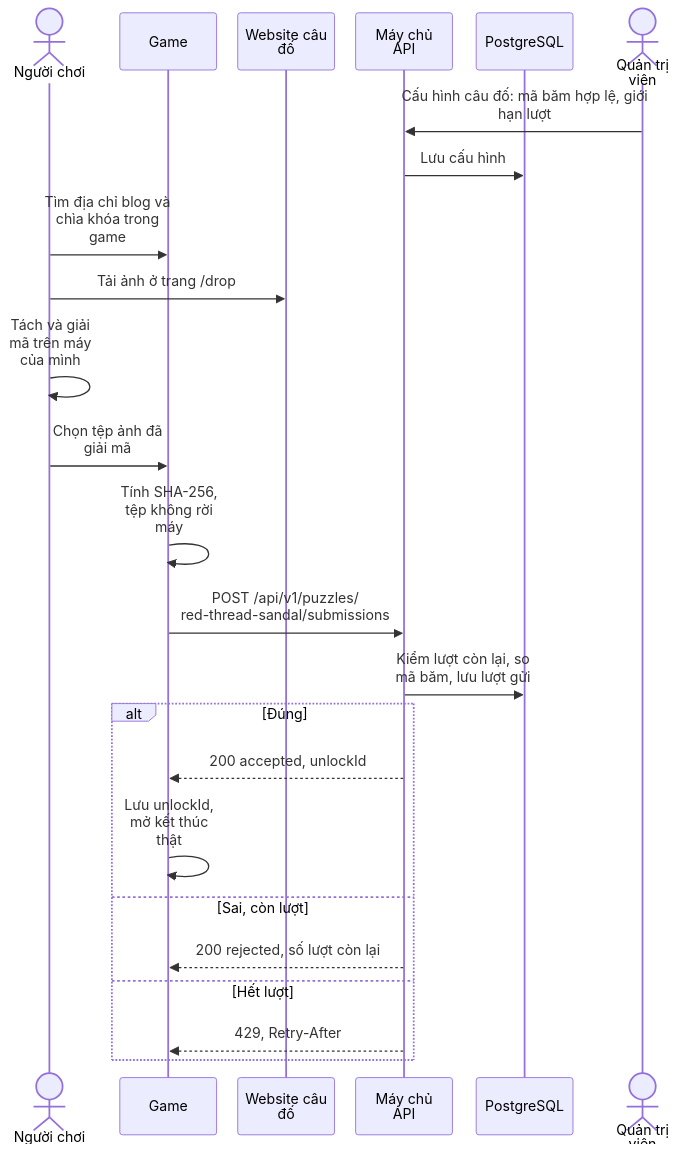
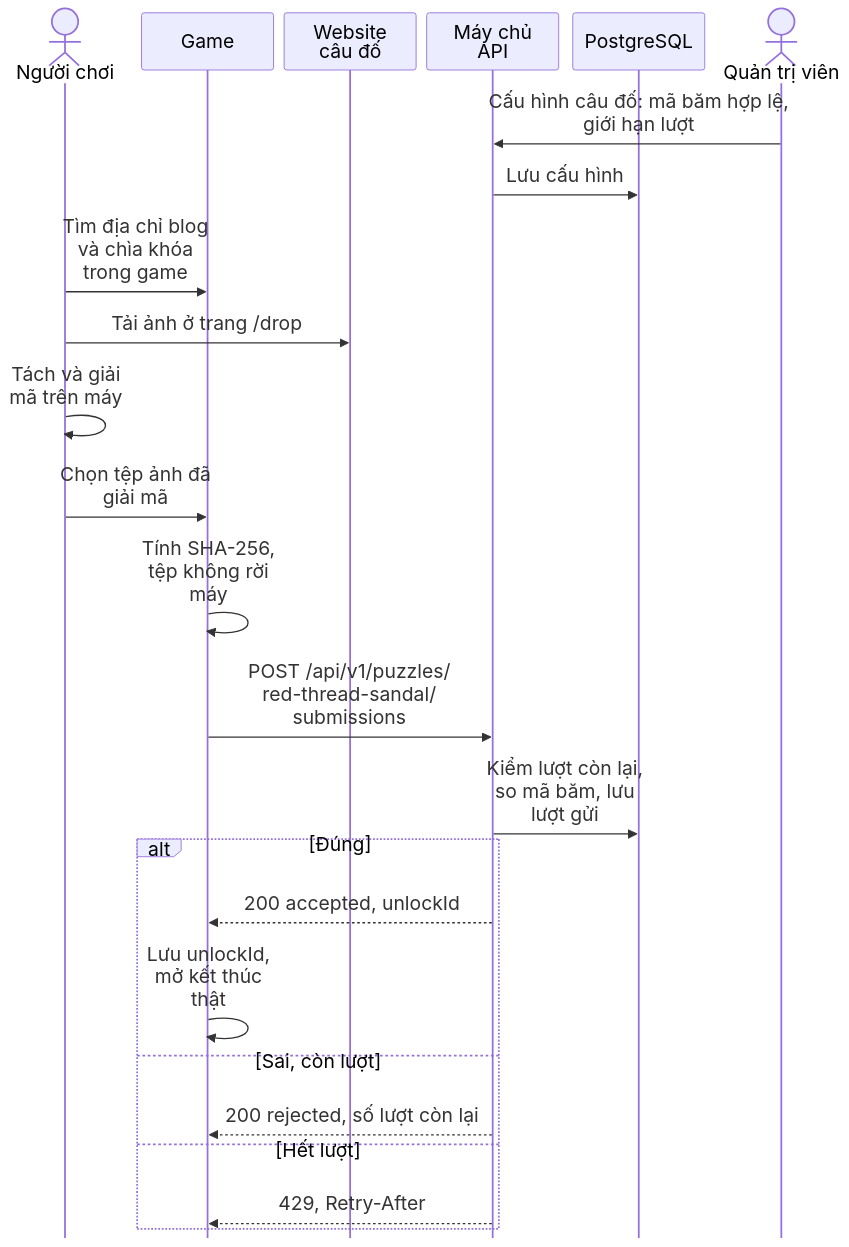
One commit to qivarnq3g/3-gio-12 changed the second of 2 diagrams in docs/thiet-ke/kien-truc-he-thong.md. Above: the diagram before and after it, drawn with Mermaid. The commit also changed other lines of this file and 18 other files, not shown here.

````diff
--- a/docs/thiet-ke/kien-truc-he-thong.md
+++ b/docs/thiet-ke/kien-truc-he-thong.md
@@ -165,28 +138,28 @@
 ```mermaid
-%%{init: {"sequence": {"actorMargin": 24, "width": 110, "wrap": true, "messageMargin": 30}}}%%
+%%{init: {"fontSize": 22, "sequence": {"actorMargin": 12, "width": 150, "wrap": true, "messageMargin": 26, "boxMargin": 6, "mirrorActors": false, "actorFontSize": 22, "messageFontSize": 22, "noteFontSize": 22}}}%%
 sequenceDiagram
     actor P as Người chơi
     participant G as Game
-    participant W as Website câu đố
-    participant A as Máy chủ API
+    participant W as Website<br/>câu đố
+    participant A as Máy chủ<br/>API
     participant D as PostgreSQL
     actor M as Quản trị viên
 
     M->>A: Cấu hình câu đố: mã băm hợp lệ, giới hạn lượt
     A->>D: Lưu cấu hình
     P->>G: Tìm địa chỉ blog và chìa khóa trong game
     P->>W: Tải ảnh ở trang /drop
-    P->>P: Tách và giải mã trên máy của mình
+    P->>P: Tách và giải mã trên máy
     P->>G: Chọn tệp ảnh đã giải mã
     G->>G: Tính SHA-256, tệp không rời máy
-    G->>A: POST /api/v1/puzzles/<br/>red-thread-sandal/submissions
+    G->>A: POST /api/v1/puzzles/<br/>red-thread-sandal/<br/>submissions
     A->>D: Kiểm lượt còn lại, so mã băm, lưu lượt gửi
     alt Đúng
         A-->>G: 200 accepted, unlockId
         G->>G: Lưu unlockId, mở kết thúc thật
     else Sai, còn lượt
         A-->>G: 200 rejected, số lượt còn lại
     else Hết lượt
         A-->>G: 429, Retry-After
     end
 ```
````
